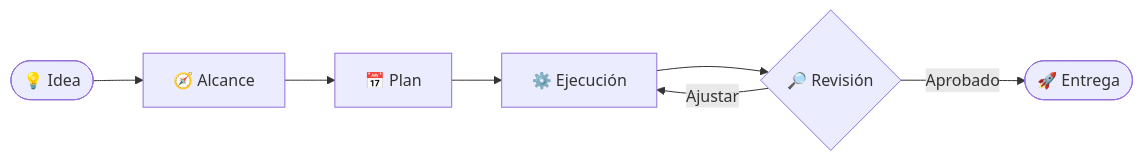
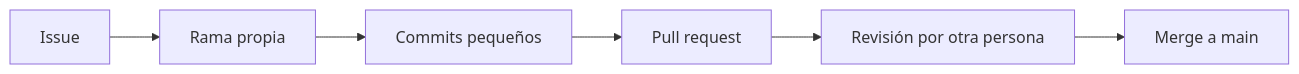
The diagram in README.md (maxitodev/administracion_uam_a), drawn with Mermaid before and after one commit. The commit also changed other lines of this file and 1 other file, not shown here.

````diff
--- a/README.md
+++ b/README.md
@@ -65,9 +88,8 @@
 ```mermaid
 flowchart LR
-	A([💡 Idea]) --> B[🧭 Alcance]
-	B --> C[📅 Plan]
-	C --> D[⚙️ Ejecución]
-	D --> E{🔎 Revisión}
-	E -->|Ajustar| D
-	E -->|Aprobado| F([🚀 Entrega])
+    A[Issue] --> B[Rama propia]
+    B --> C[Commits pequeños]
+    C --> D[Pull request]
+    D --> E[Revisión por otra persona]
+    E --> F[Merge a main]
 ```
````
